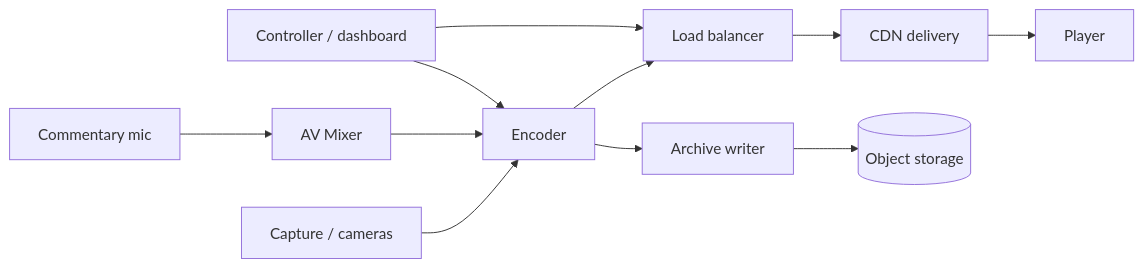
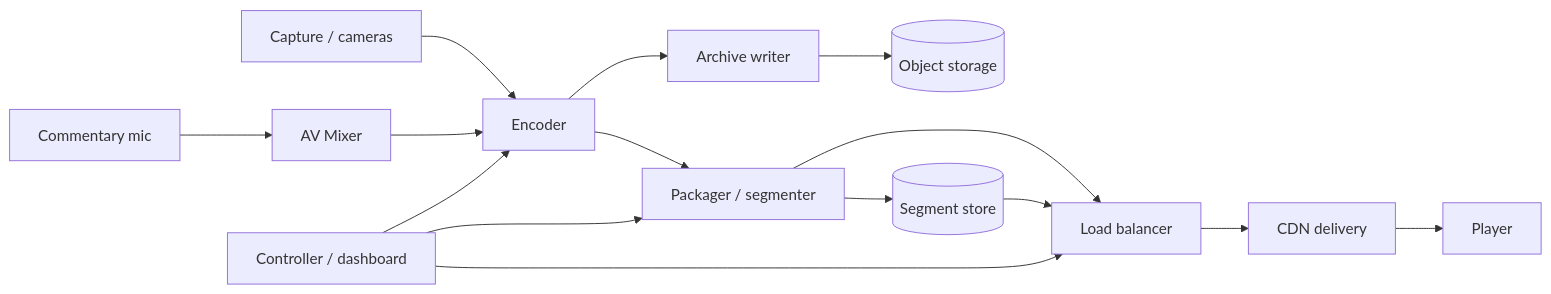
Before and after one commit to sxxx0913/mmss-lab: the first of 3 diagrams in readme.md, drawn with Mermaid. The commit also changed other lines of this file and 11 other files, not shown here.

First line of the commit message:
Restore the Mermaid sources and put the packaging stage into the views

````diff
--- a/readme.md
+++ b/readme.md
@@ -89,13 +88,17 @@
 ```mermaid
 graph LR
   CAP[Capture / cameras] --> ENC[Encoder]
   MIC[Commentary mic] --> MIX[AV Mixer]
   MIX --> ENC
-  ENC --> LB[Load balancer]
+  ENC --> PKG[Packager / segmenter]
+  PKG --> LB[Load balancer]
   LB --> CDN[CDN delivery]
   CDN --> PLAY[Player]
   ENC --> ARCH[Archive writer]
   ARCH --> OBJ[(Object storage)]
+  PKG --> SEG[(Segment store)]
+  SEG --> LB
   CTRL[Controller / dashboard] --> ENC
+  CTRL --> PKG
   CTRL --> LB
 ```
````
